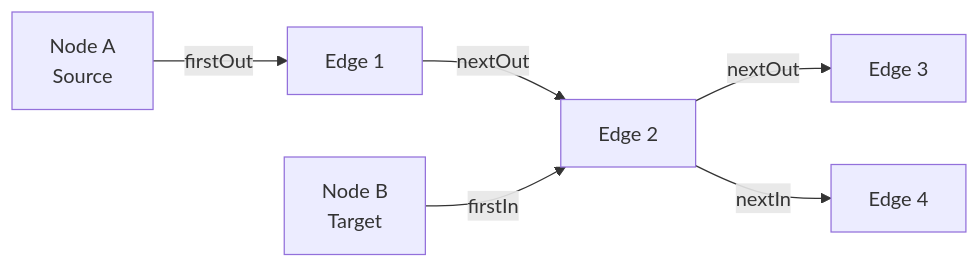
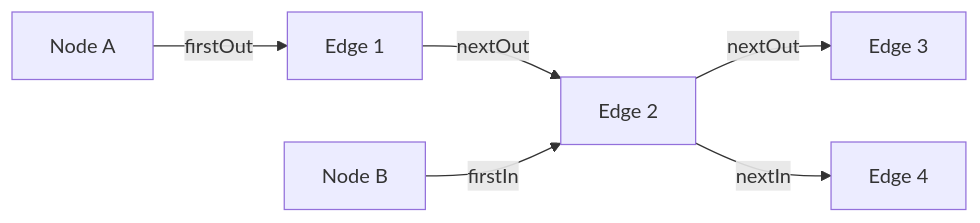
The second of 5 diagrams in docs/en/algorithms/relationship-traversal.md (nexepic/zyx), drawn with Mermaid before and after one commit. The commit also changed other lines of this file and 21 other files, not shown here.

First line of the commit message:
fix: resolve Mermaid diagram display issues in VitePress

````diff
--- a/docs/en/algorithms/relationship-traversal.md
+++ b/docs/en/algorithms/relationship-traversal.md
@@ -38,9 +38,9 @@
 ```mermaid
 graph LR
-    A[Node A<br/>Source] -->|firstOut| B[Edge 1]
+    A[Node A] -->|firstOut| B[Edge 1]
     B -->|nextOut| C[Edge 2]
     C -->|nextOut| D[Edge 3]
 
-    E[Node B<br/>Target] -->|firstIn| C
+    E[Node B] -->|firstIn| C
     C -->|nextIn| F[Edge 4]
 ```
````
